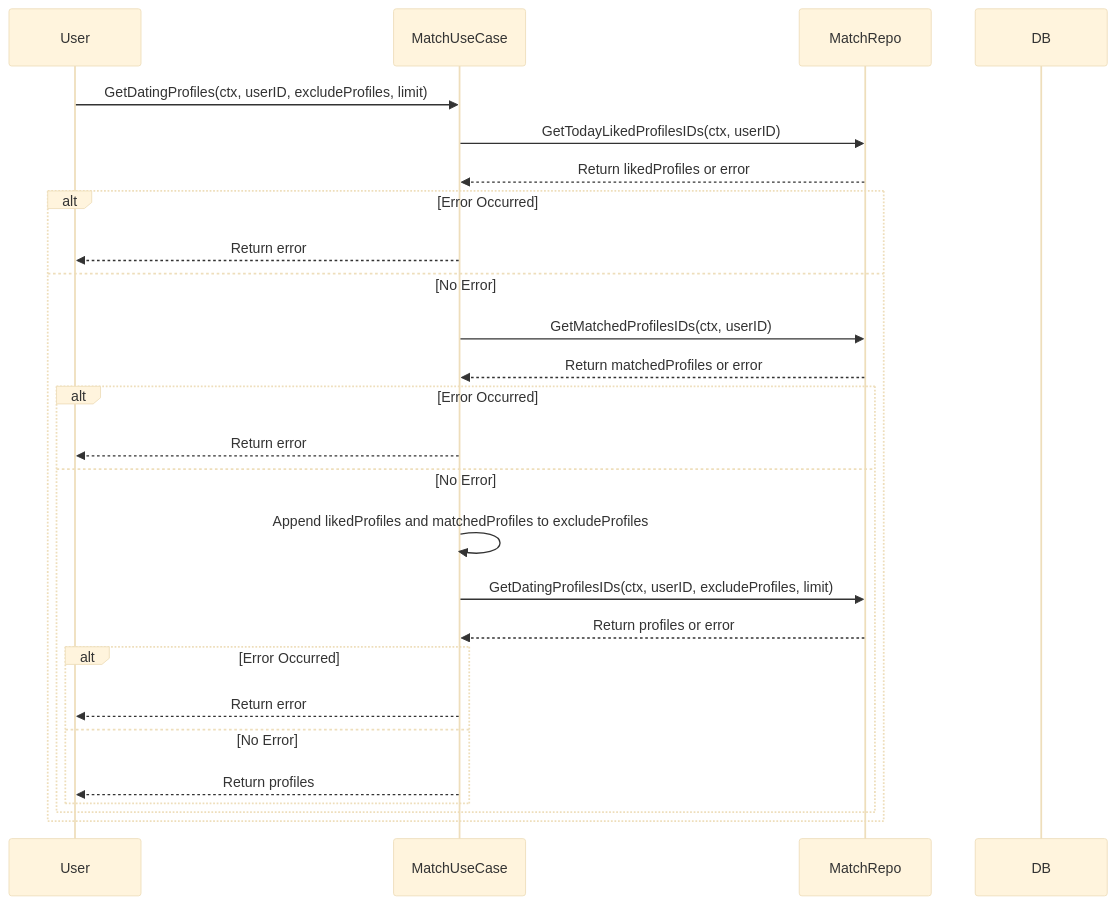
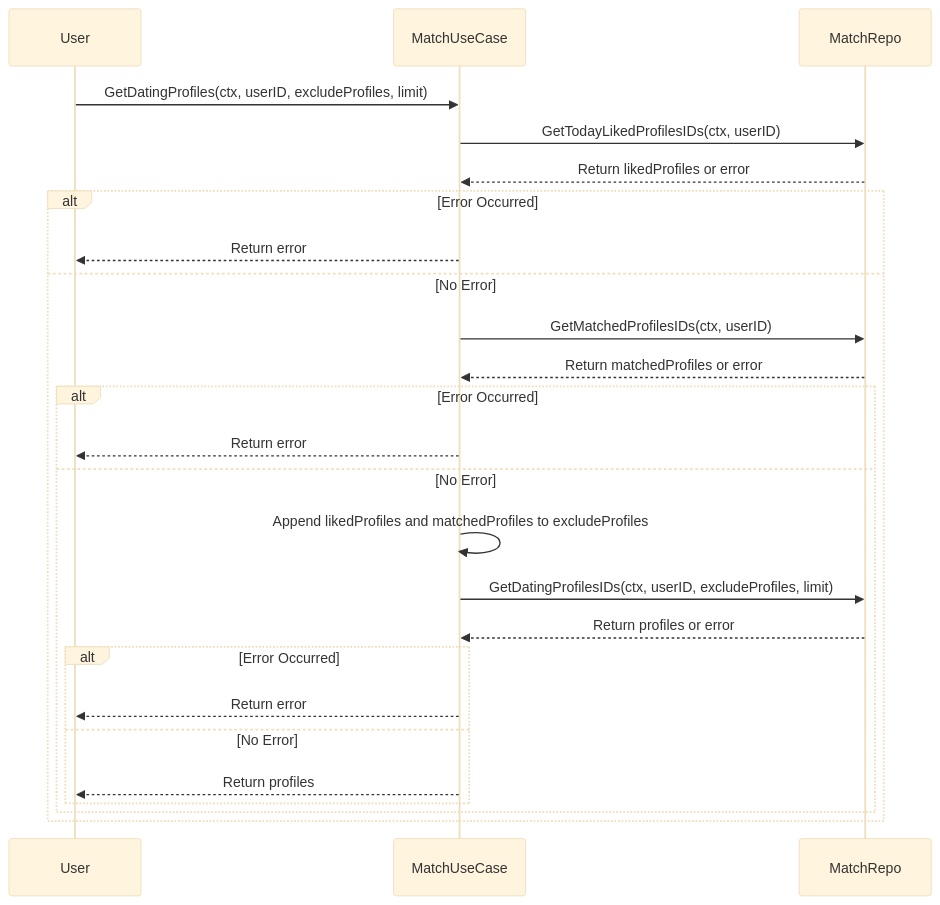
The sixth of 9 diagrams in README.md (ghaniswara/dating-app), drawn with Mermaid (base theme) before and after one commit. The commit also changed other lines of this file and 1 other file, not shown here.

Commit message:
Docs : Sequence Diagram

````diff
--- a/README.md
+++ b/README.md
@@ -178,29 +245,28 @@
 ```mermaid
 sequenceDiagram
     participant User
     participant MatchUseCase
     participant MatchRepo
-    participant DB
 
     User->>MatchUseCase: GetDatingProfiles(ctx, userID, excludeProfiles, limit)
     MatchUseCase->>MatchRepo: GetTodayLikedProfilesIDs(ctx, userID)
     MatchRepo-->>MatchUseCase: Return likedProfiles or error
     alt Error Occurred
         MatchUseCase-->>User: Return error
     else No Error
         MatchUseCase->>MatchRepo: GetMatchedProfilesIDs(ctx, userID)
         MatchRepo-->>MatchUseCase: Return matchedProfiles or error
         alt Error Occurred
             MatchUseCase-->>User: Return error
         else No Error
             MatchUseCase->>MatchUseCase: Append likedProfiles and matchedProfiles to excludeProfiles
             MatchUseCase->>MatchRepo: GetDatingProfilesIDs(ctx, userID, excludeProfiles, limit)
             MatchRepo-->>MatchUseCase: Return profiles or error
             alt Error Occurred
                 MatchUseCase-->>User: Return error
             else No Error
                 MatchUseCase-->>User: Return profiles
             end
         end
     end
 ```
````
